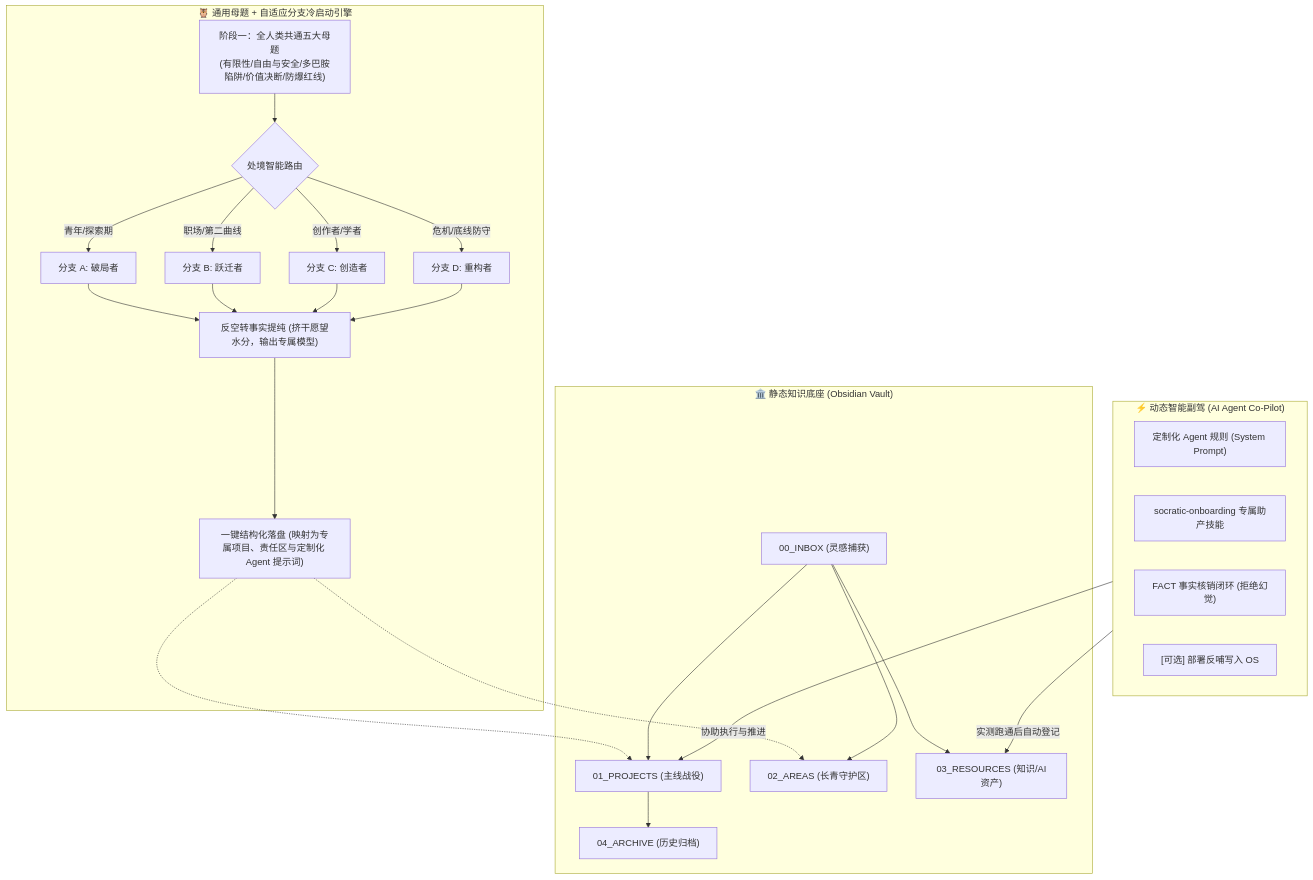
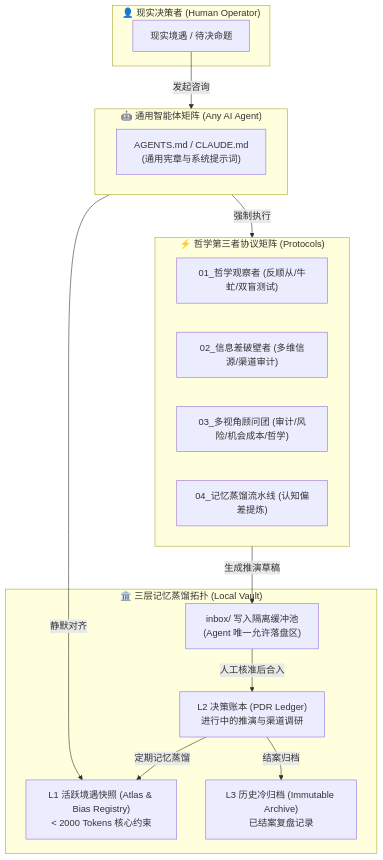
The diagram in README.md (amen121386/Know-Yourself), drawn with Mermaid before and after one commit. The commit also changed other lines of this file and 17 other files, not shown here.

Commit message:
feat: implement industrial-grade tiered memory, PDR protocol & anti-sycophancy engine

````diff
--- a/README.md
+++ b/README.md
@@ -43,34 +43,32 @@
 ```mermaid
 flowchart TD
-    subgraph Socratic ["🦉 通用母题 + 自适应分支冷启动引擎"]
-        UNIVERSAL["阶段一：全人类共通五大母题<br>(有限性/自由与安全/多巴胺陷阱/价值决断/防爆红线)"] --> ROUTER{"处境智能路由"}
-        ROUTER -->|青年/探索期| B1["分支 A: 破局者"]
-        ROUTER -->|职场/第二曲线| B2["分支 B: 跃迁者"]
-        ROUTER -->|创作者/学者| B3["分支 C: 创造者"]
-        ROUTER -->|危机/底线防守| B4["分支 D: 重构者"]
-        B1 --> EXTRACT["反空转事实提纯 (挤干愿望水分，输出专属模型)"]
-        B2 --> EXTRACT
-        B3 --> EXTRACT
-        B4 --> EXTRACT
-        EXTRACT --> INGEST["一键结构化落盘 (映射为专属项目、责任区与定制化 Agent 提示词)"]
+    subgraph Human ["👤 现实决策者 (Human Operator)"]
+        SITUATION["现实境遇 / 待决命题"]
     end
 
-    subgraph Core1 ["🏛️ 静态知识底座 (Obsidian Vault)"]
-        INGEST -.-> PROJECTS["01_PROJECTS (主线战役)"]
-        INGEST -.-> AREAS["02_AREAS (长青守护区)"]
-        INBOX["00_INBOX (灵感捕获)"] --> PROJECTS
-        INBOX --> AREAS
-        INBOX --> RESOURCES["03_RESOURCES (知识/AI资产)"]
-        PROJECTS --> ARCHIVE["04_ARCHIVE (历史归档)"]
+    subgraph MemoryTier ["🏛️ 三层记忆蒸馏拓扑 (Local Vault)"]
+        L1["L1 活跃境遇快照 (Atlas & Bias Registry)<br>< 2000 Tokens 核心约束"]
+        L2["L2 决策账本 (PDR Ledger)<br>进行中的推演与渠道调研"]
+        L3["L3 历史冷归档 (Immutable Archive)<br>已结案复盘记录"]
+        INBOX["inbox/ 写入隔离缓冲池<br>(Agent 唯一允许落盘区)"]
+        L2 -->|定期记忆蒸馏| L1
+        L2 -->|结案归档| L3
     end
 
-    subgraph Core2 ["⚡ 动态智能副驾 (AI Agent Co-Pilot)"]
-        PROMPT["定制化 Agent 规则 (System Prompt)"]
-        SKILL["socratic-onboarding 专属助产技能"]
-        FACT["FACT 事实核销闭环 (拒绝幻觉)"]
-        AUTOSYNC["[可选] 部署反哺写入 OS"]
+    subgraph Protocols ["⚡ 哲学第三者协议矩阵 (Protocols)"]
+        P1["01_哲学观察者 (反顺从/牛虻/双盲测试)"]
+        P2["02_信息差破壁者 (多维信源/渠道审计)"]
+        P3["03_多视角顾问团 (审计/风险/机会成本/哲学)"]
+        P4["04_记忆蒸馏流水线 (认知偏差提炼)"]
     end
 
-    Core2 -->|协助执行与推进| PROJECTS
-    Core2 -->|实测跑通后自动登记| RESOURCES
+    subgraph Agents ["🤖 通用智能体矩阵 (Any AI Agent)"]
+        BOOTSTRAP["AGENTS.md / CLAUDE.md<br>(通用宪章与系统提示词)"]
+    end
+
+    SITUATION -->|发起咨询| Agents
+    Agents -->|静默对齐| L1
+    Agents -->|强制执行| Protocols
+    Protocols -->|生成推演草稿| INBOX
+    INBOX -->|人工核准后合入| L2
 ```
````
